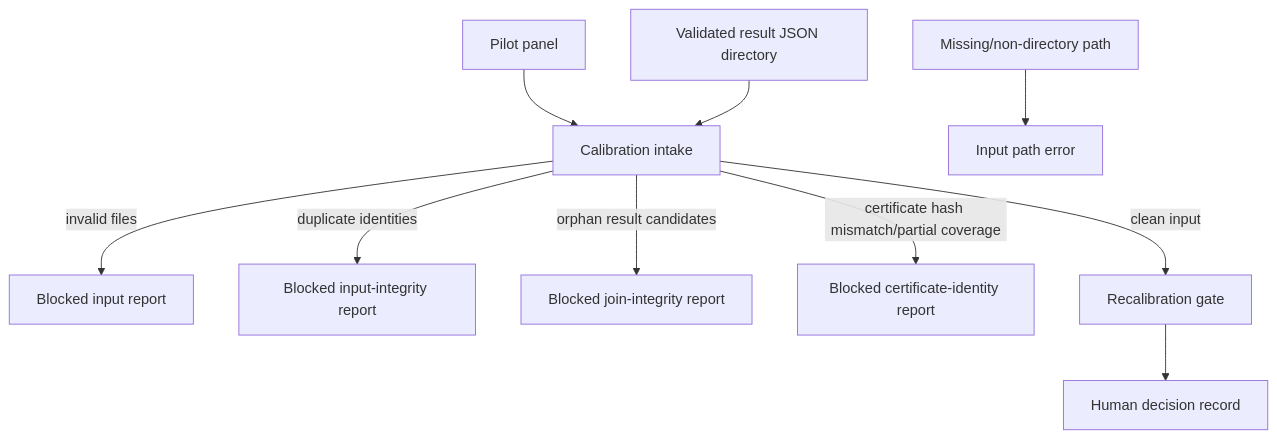
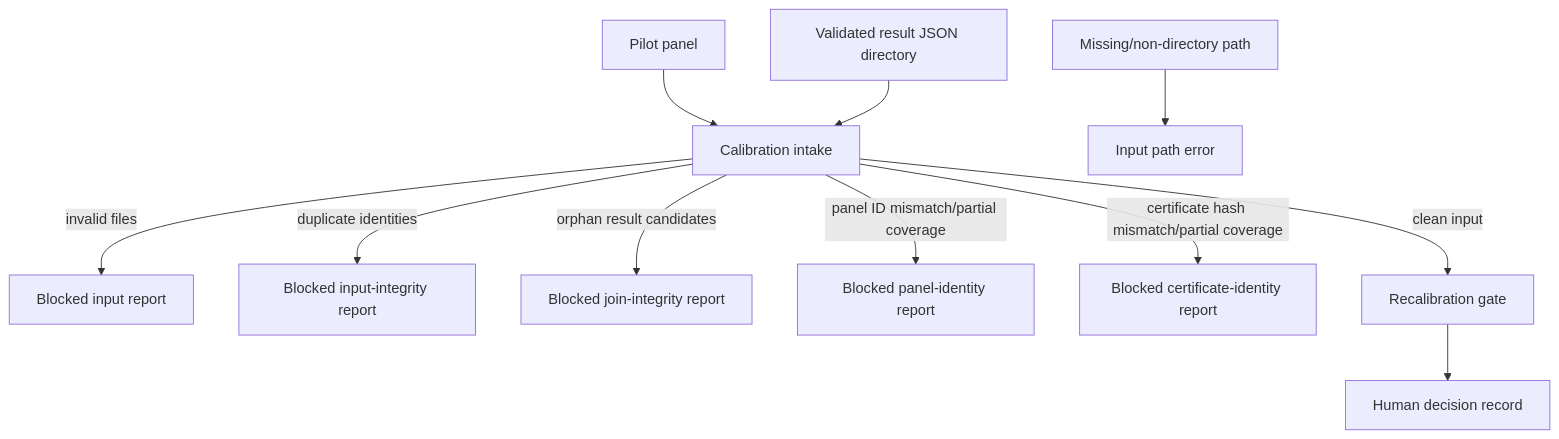
The first of 2 diagrams in src/openamp_foundry/calibration/AGENTS.md (streamentry/OpenAMP-Foundry), drawn with Mermaid before and after one commit. The commit also changed other lines of this file and 11 other files, not shown here.

First line of the commit message:
fix: verify lab result panel identity

````diff
--- a/src/openamp_foundry/calibration/AGENTS.md
+++ b/src/openamp_foundry/calibration/AGENTS.md
@@ -20,12 +24,13 @@
 ```mermaid
 flowchart TD
   Panel["Pilot panel"] --> Intake["Calibration intake"]
   Results["Validated result JSON directory"] --> Intake
   Missing["Missing/non-directory path"] --> PathBlock["Input path error"]
   Intake -->|invalid files| Block["Blocked input report"]
   Intake -->|duplicate identities| IdentityBlock["Blocked input-integrity report"]
   Intake -->|orphan result candidates| OrphanBlock["Blocked join-integrity report"]
+  Intake -->|panel ID mismatch/partial coverage| PanelBlock["Blocked panel-identity report"]
   Intake -->|certificate hash mismatch/partial coverage| CertBlock["Blocked certificate-identity report"]
   Intake -->|clean input| Gate["Recalibration gate"]
   Gate --> Human["Human decision record"]
 ```
````
